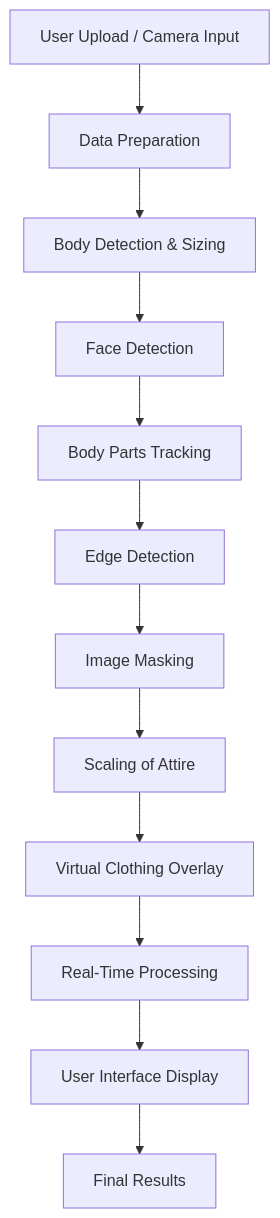
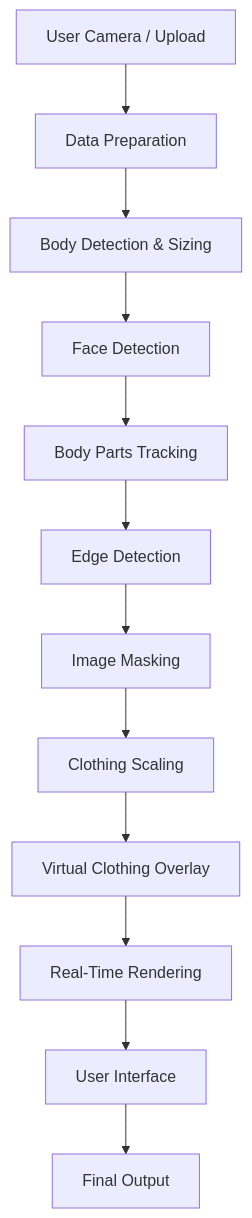
The diagram in README.md (Nagkomatla/ARShop-HackXAmrita2k26), drawn with Mermaid before and after one commit. The commit also changed other lines of this file, not shown here.

Commit message:
Updated README with full ARShop documentation, architecture, modules, installation guide, and Team Baby Shark details

````diff
--- a/README.md
+++ b/README.md
@@ -36,14 +35,14 @@
 ```mermaid
 flowchart TD
-    A[User Upload / Camera Input] --> B[Data Preparation]
+    A[User Camera / Upload] --> B[Data Preparation]
     B --> C[Body Detection & Sizing]
     C --> D[Face Detection]
     D --> E[Body Parts Tracking]
     E --> F[Edge Detection]
     F --> G[Image Masking]
-    G --> H[Scaling of Attire]
+    G --> H[Clothing Scaling]
     H --> I[Virtual Clothing Overlay]
-    I --> J[Real-Time Processing]
-    J --> K[User Interface Display]
-    K --> L[Final Results]
+    I --> J[Real-Time Rendering]
+    J --> K[User Interface]
+    K --> L[Final Output]
 ```
````
